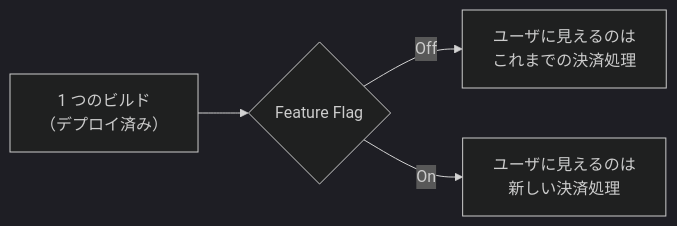
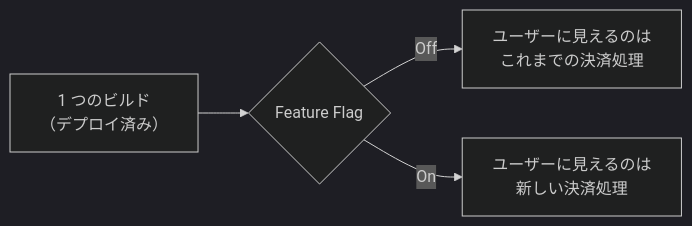
One commit to nao1215/debimate changed the first of 6 diagrams in content/notes/software-architecture/feature-flag/index.md. Above: the diagram before and after it, drawn with Mermaid (dark theme). The commit also changed other lines of this file and 56 other files, not shown here.

````diff
--- a/content/notes/software-architecture/feature-flag/index.md
+++ b/content/notes/software-architecture/feature-flag/index.md
@@ -20,6 +20,6 @@
 ```mermaid
 flowchart LR
     B["1 つのビルド<br/>（デプロイ済み）"] --> F{"Feature Flag"}
-    F -->|Off| U1["ユーザに見えるのは<br/>これまでの決済処理"]
-    F -->|On| U2["ユーザに見えるのは<br/>新しい決済処理"]
+    F -->|Off| U1["ユーザーに見えるのは<br/>これまでの決済処理"]
+    F -->|On| U2["ユーザーに見えるのは<br/>新しい決済処理"]
 ```
````
